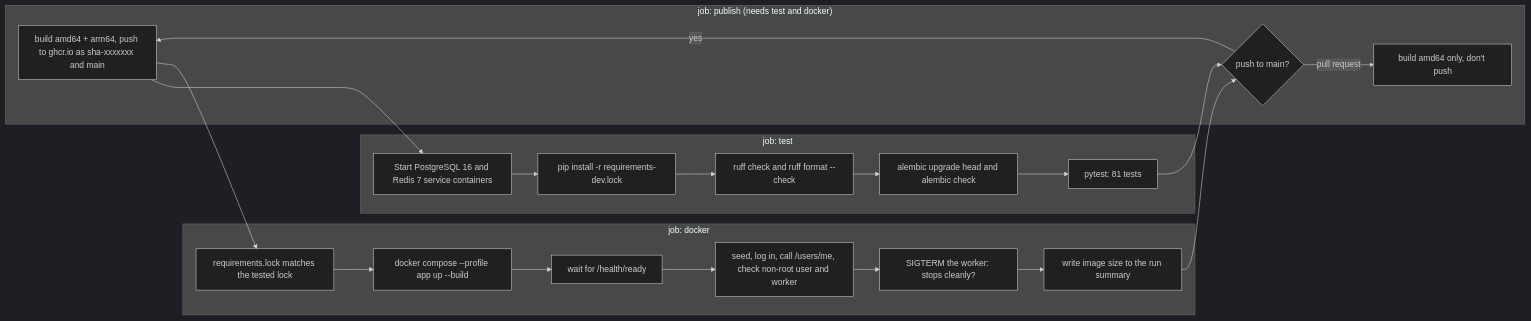
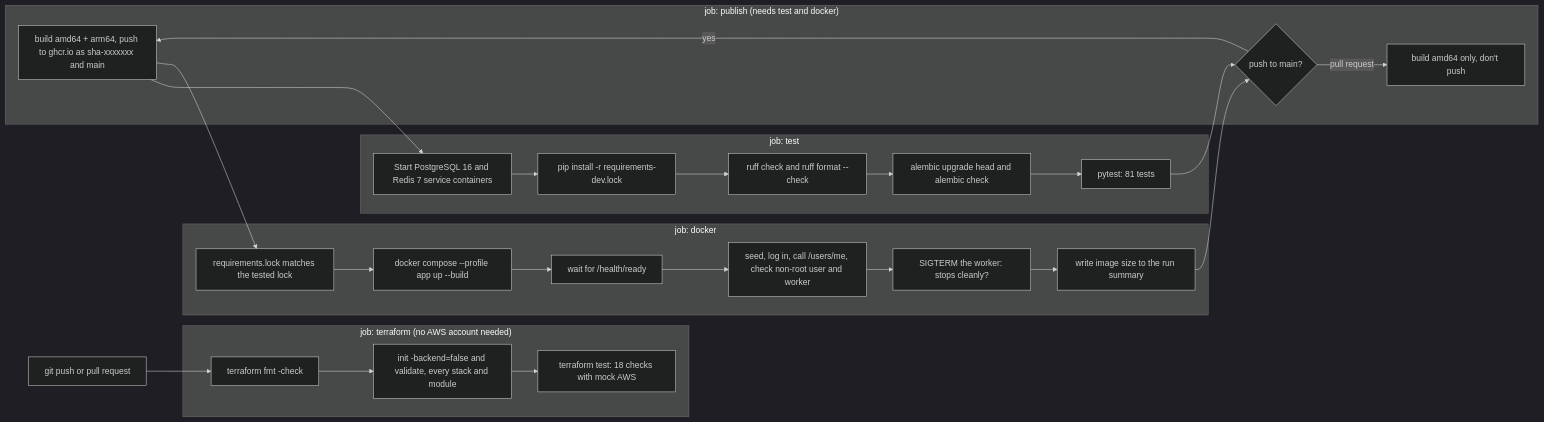
One commit to revant123/QuickServe changed the seventh of 12 diagrams in README.md. Above: the diagram before and after it, drawn with Mermaid (dark theme). The commit also changed other lines of this file and 27 other files, not shown here.

First line of the commit message:
Phase 6: AWS infrastructure in Terraform, tested with mocks in CI

````diff
--- a/README.md
+++ b/README.md
@@ -481,28 +483,35 @@
 ```mermaid
 flowchart LR
     push["git push or pull request"] --> pg
     push --> lock
 
     subgraph test["job: test"]
         pg["Start PostgreSQL 16 and Redis 7 service containers"] --> inst["pip install -r requirements-dev.lock"]
         inst --> lint["ruff check and ruff format --check"]
         lint --> mig["alembic upgrade head and alembic check"]
         mig --> pyt["pytest: 81 tests"]
     end
 
     subgraph docker["job: docker"]
         lock["requirements.lock matches the tested lock"] --> build["docker compose --profile app up --build"]
         build --> ready["wait for /health/ready"]
         ready --> smoke["seed, log in, call /users/me, check non-root user and worker"]
         smoke --> stop["SIGTERM the worker: stops cleanly?"]
         stop --> size["write image size to the run summary"]
     end
 
     pyt --> pub
     size --> pub
 
     subgraph publish["job: publish (needs test and docker)"]
         pub{"push to main?"} -->|"yes"| push["build amd64 + arm64, push to ghcr.io as sha-xxxxxxx and main"]
         pub -->|"pull request"| only["build amd64 only, don't push"]
     end
+
+    push2["git push or pull request"] --> tf
+
+    subgraph terraform["job: terraform (no AWS account needed)"]
+        tf["terraform fmt -check"] --> val["init -backend=false and validate, every stack and module"]
+        val --> tftest["terraform test: 18 checks with mock AWS"]
+    end
 ```
````
